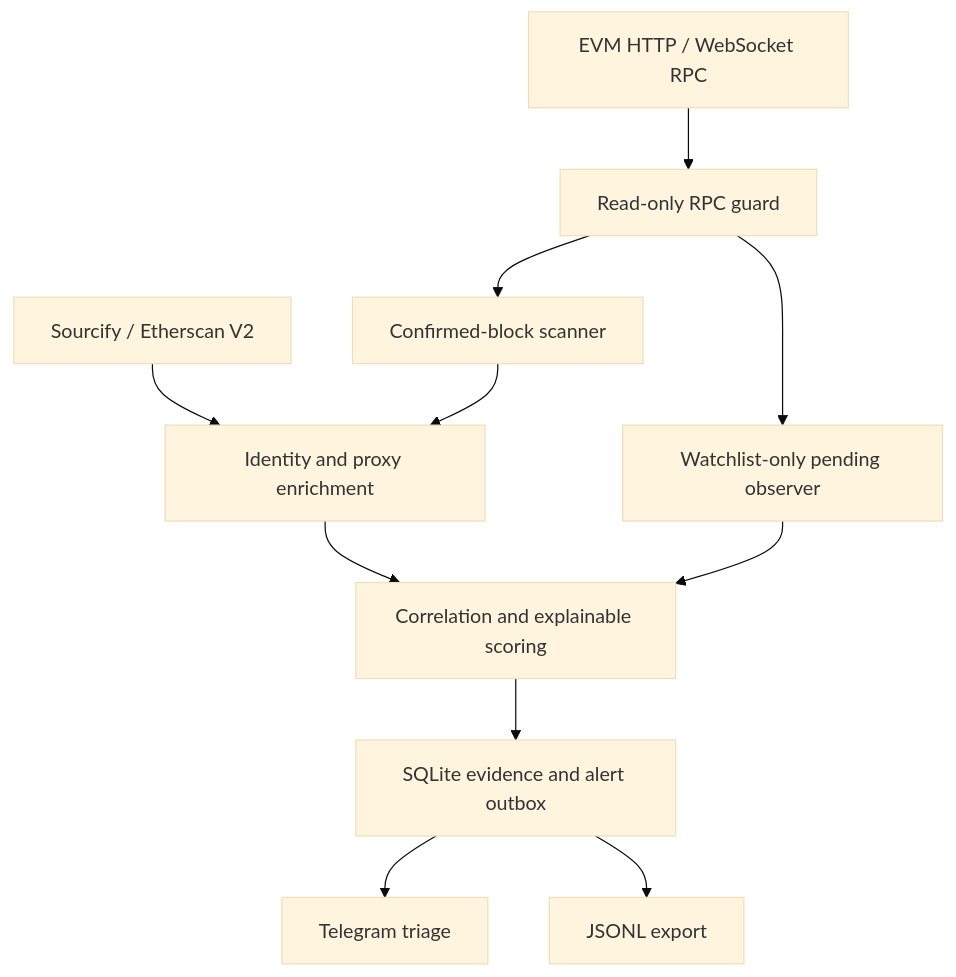
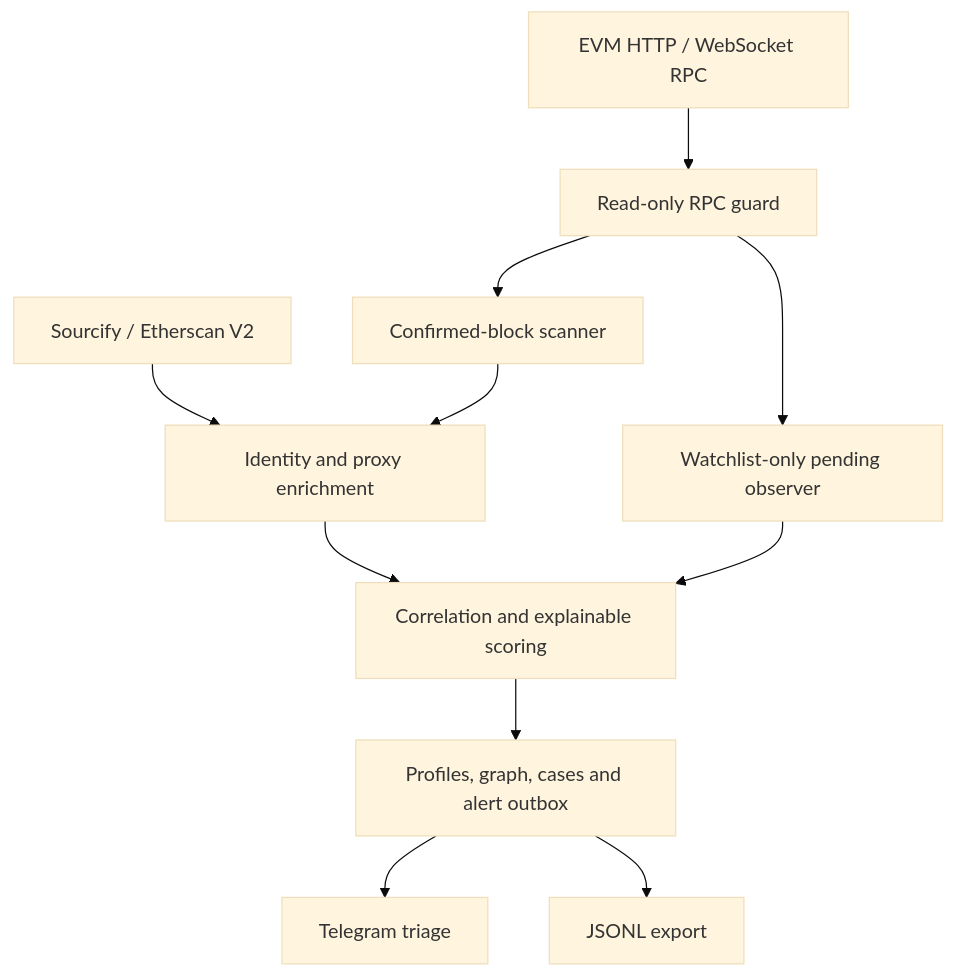
Before and after one commit to VolodymyrStetsenko/White-Radar: the diagram in README.md, drawn with Mermaid (base theme). The commit also changed other lines of this file and 36 other files, not shown here.

````diff
--- a/README.md
+++ b/README.md
@@ -36,13 +41,13 @@
 ```mermaid
 flowchart TD
     RPC["EVM HTTP / WebSocket RPC"] --> Guard["Read-only RPC guard"]
     Guard --> Confirmed["Confirmed-block scanner"]
     Guard --> Pending["Watchlist-only pending observer"]
     Explorer["Sourcify / Etherscan V2"] --> Enrich["Identity and proxy enrichment"]
     Confirmed --> Enrich
     Enrich --> Score["Correlation and explainable scoring"]
     Pending --> Score
-    Score --> Store["SQLite evidence and alert outbox"]
+    Score --> Store["Profiles, graph, cases and alert outbox"]
     Store --> Telegram["Telegram triage"]
     Store --> Export["JSONL export"]
 ```
````
